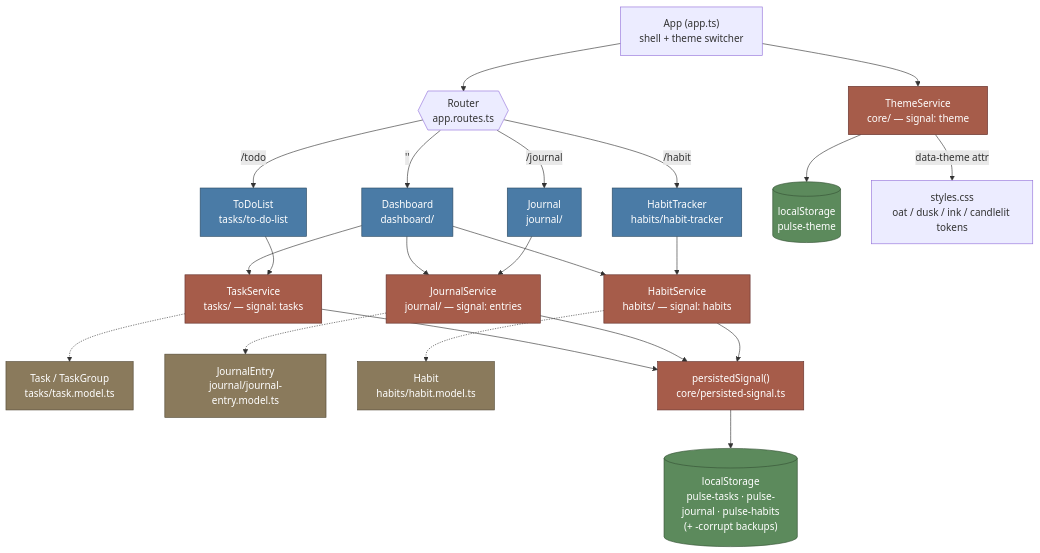
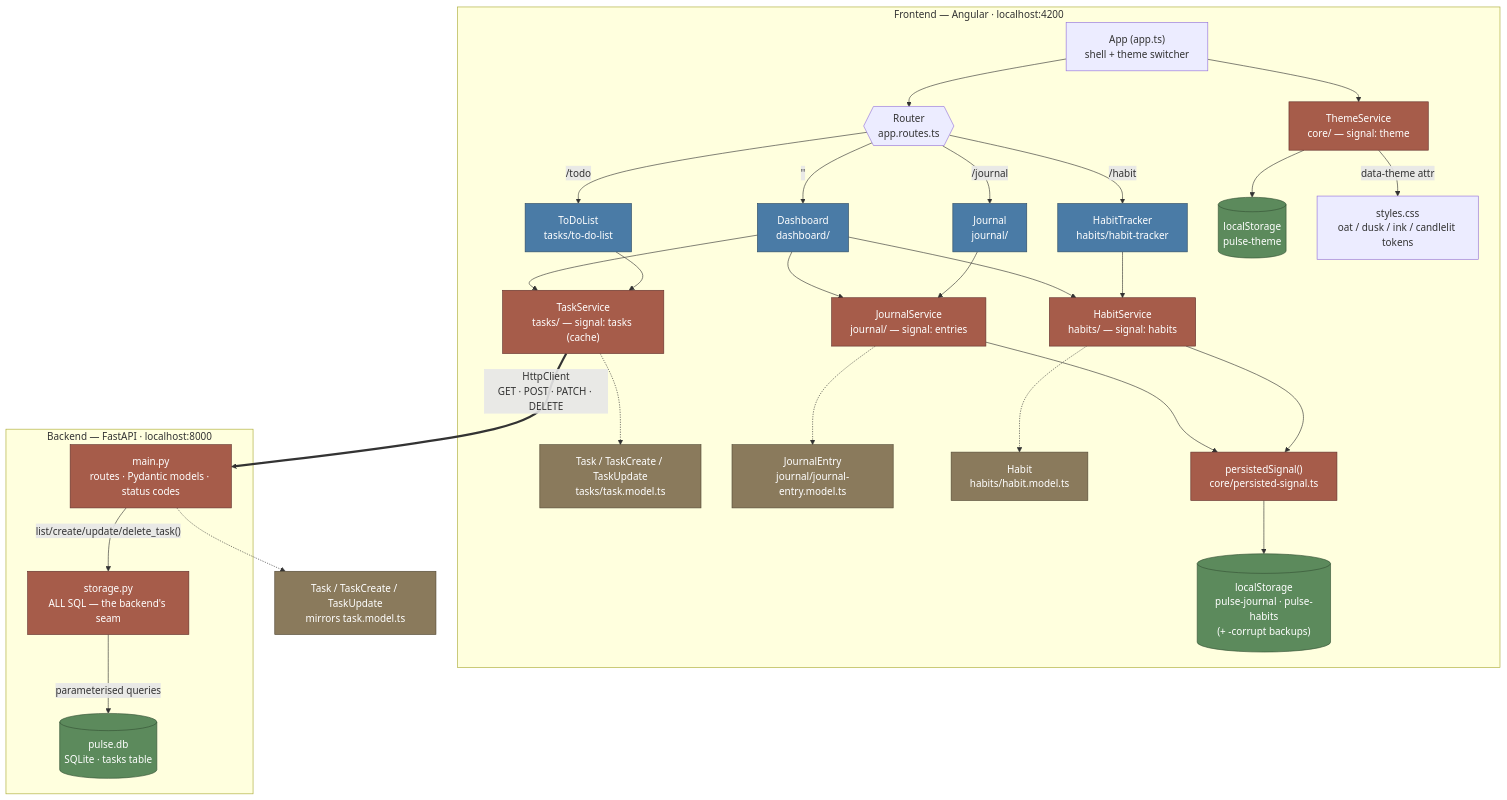
Before and after one commit to Jakesquelch/Pulse: the diagram in docs/mermaid.md, drawn with Mermaid. The commit also changed other lines of this file and 7 other files, not shown here.

````diff
--- a/docs/mermaid.md
+++ b/docs/mermaid.md
@@ -3,47 +6,61 @@
 ```mermaid
 ---
 id: 447b6665-61a0-439f-9087-079346da219f
 ---
 graph TD
-    Root["App (app.ts)<br/>shell + theme switcher"]
-    Router{{"Router<br/>app.routes.ts"}}
+    subgraph FE["Frontend — Angular · localhost:4200"]
+        Root["App (app.ts)<br/>shell + theme switcher"]
+        Router{{"Router<br/>app.routes.ts"}}
 
-    Root --> Router
+        Root --> Router
 
-    Router -->|"''"| Dashboard["Dashboard<br/>dashboard/"]
-    Router -->|"/todo"| ToDo["ToDoList<br/>tasks/to-do-list"]
-    Router -->|"/journal"| Journal["Journal<br/>journal/"]
-    Router -->|"/habit"| Habit["HabitTracker<br/>habits/habit-tracker"]
+        Router -->|"''"| Dashboard["Dashboard<br/>dashboard/"]
+        Router -->|"/todo"| ToDo["ToDoList<br/>tasks/to-do-list"]
+        Router -->|"/journal"| Journal["Journal<br/>journal/"]
+        Router -->|"/habit"| Habit["HabitTracker<br/>habits/habit-tracker"]
 
-    Root --> ThemeService["ThemeService<br/>core/ — signal: theme"]
+        Root --> ThemeService["ThemeService<br/>core/ — signal: theme"]
 
-    Dashboard --> TaskService
-    Dashboard --> JournalService
-    Dashboard --> HabitService
+        Dashboard --> TaskService
+        Dashboard --> JournalService
+        Dashboard --> HabitService
 
-    ToDo --> TaskService["TaskService<br/>tasks/ — signal: tasks"]
-    Journal --> JournalService["JournalService<br/>journal/ — signal: entries"]
-    Habit --> HabitService["HabitService<br/>habits/ — signal: habits"]
+        ToDo --> TaskService["TaskService<br/>tasks/ — signal: tasks (cache)"]
+        Journal --> JournalService["JournalService<br/>journal/ — signal: entries"]
+        Habit --> HabitService["HabitService<br/>habits/ — signal: habits"]
 
-    TaskService -.-> TaskModel["Task / TaskGroup<br/>tasks/task.model.ts"]
-    JournalService -.-> JournalModel["JournalEntry<br/>journal/journal-entry.model.ts"]
-    HabitService -.-> HabitModel["Habit<br/>habits/habit.model.ts"]
+        TaskService -.-> TaskModel["Task / TaskCreate / TaskUpdate<br/>tasks/task.model.ts"]
+        JournalService -.-> JournalModel["JournalEntry<br/>journal/journal-entry.model.ts"]
+        HabitService -.-> HabitModel["Habit<br/>habits/habit.model.ts"]
 
-    TaskService --> Seam
-    JournalService --> Seam
-    HabitService --> Seam
-    Seam["persistedSignal()<br/>core/persisted-signal.ts"] --> LocalStorage[("localStorage<br/>pulse-tasks · pulse-journal · pulse-habits<br/>(+ -corrupt backups)")]
-    ThemeService --> LocalStorage4[("localStorage<br/>pulse-theme")]
+        JournalService --> Seam
+        HabitService --> Seam
+        Seam["persistedSignal()<br/>core/persisted-signal.ts"] --> LocalStorage[("localStorage<br/>pulse-journal · pulse-habits<br/>(+ -corrupt backups)")]
+        ThemeService --> LocalStorage4[("localStorage<br/>pulse-theme")]
 
-    ThemeService -->|"data-theme attr"| Styles["styles.css<br/>oat / dusk / ink / candlelit tokens"]
+        ThemeService -->|"data-theme attr"| Styles["styles.css<br/>oat / dusk / ink / candlelit tokens"]
+    end
+
+    TaskService ==>|"HttpClient<br/>GET · POST · PATCH · DELETE"| Main
+
+    subgraph BE["Backend — FastAPI · localhost:8000"]
+        Main["main.py<br/>routes · Pydantic models · status codes"]
+        Storage["storage.py<br/>ALL SQL — the backend's seam"]
+        DB[("pulse.db<br/>SQLite · tasks table")]
+
+        Main -->|"list/create/update/delete_task()"| Storage
+        Storage -->|"parameterised queries"| DB
+    end
+
+    Main -.-> PydanticModels["Task / TaskCreate / TaskUpdate<br/>mirrors task.model.ts"]
 
     classDef page fill:#4a7ba6,stroke:#2c4a63,color:#fff
     classDef service fill:#a65c4a,stroke:#63302c,color:#fff
     classDef storage fill:#5c8a5c,stroke:#345234,color:#fff
     classDef model fill:#8a7a5c,stroke:#524834,color:#fff
 
     class Dashboard,ToDo,Journal,Habit page
-    class TaskService,JournalService,HabitService,ThemeService,Seam service
-    class LocalStorage,LocalStorage4 storage
-    class TaskModel,JournalModel,HabitModel model
+    class TaskService,JournalService,HabitService,ThemeService,Seam,Main,Storage service
+    class LocalStorage,LocalStorage4,DB storage
+    class TaskModel,JournalModel,HabitModel,PydanticModels model
 ```
````
